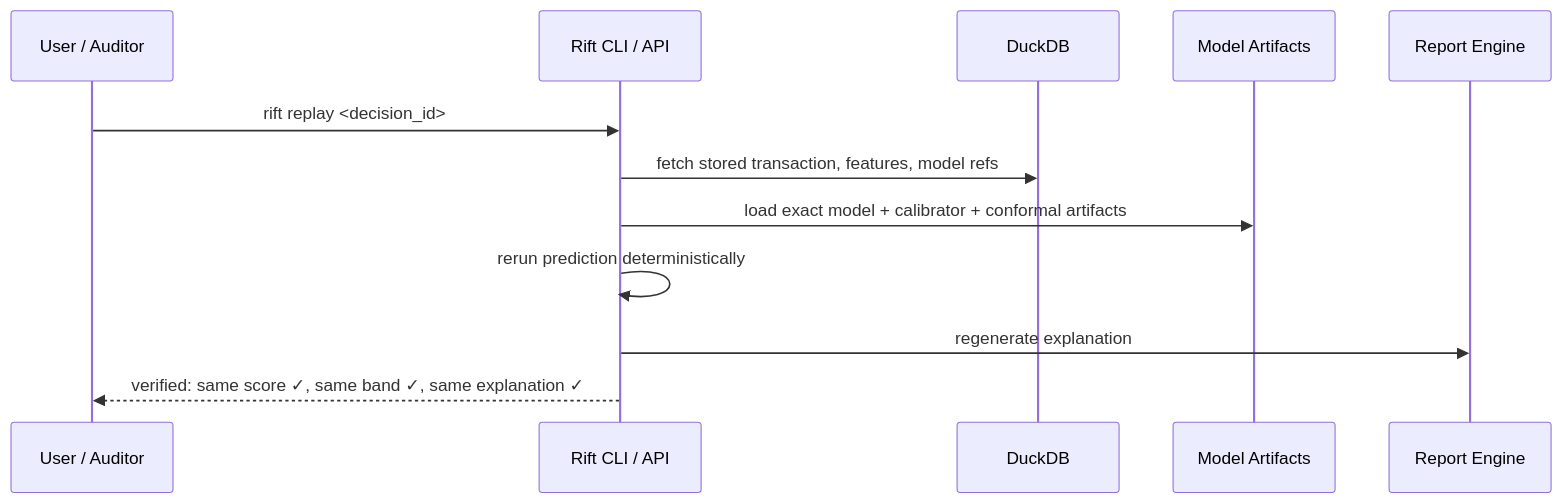
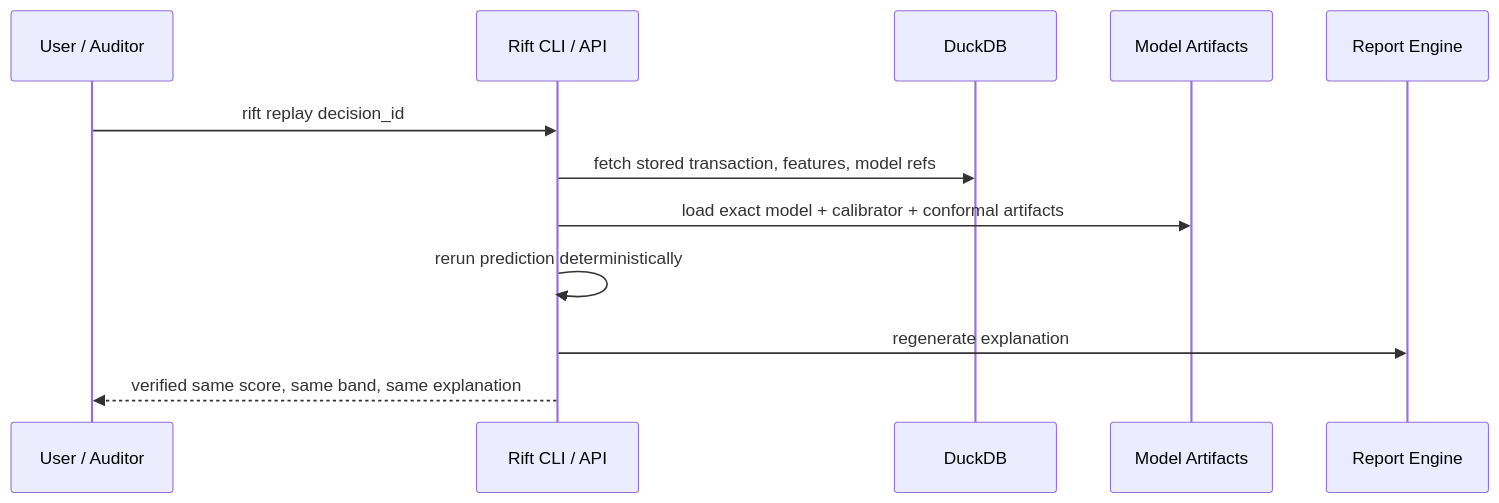
Before and after one commit to AngelP17/Rift: the ninth of 16 diagrams in ARCHITECTURE.md, drawn with Mermaid. The commit also changed other lines of this file, not shown here.

````diff
--- a/ARCHITECTURE.md
+++ b/ARCHITECTURE.md
@@ -257,15 +326,15 @@
 ```mermaid
 sequenceDiagram
     participant U as User / Auditor
     participant CLI as Rift CLI / API
     participant DB as DuckDB
     participant ART as Model Artifacts
     participant RPT as Report Engine
 
-    U->>CLI: rift replay <decision_id>
+    U->>CLI: rift replay decision_id
     CLI->>DB: fetch stored transaction, features, model refs
     CLI->>ART: load exact model + calibrator + conformal artifacts
     CLI->>CLI: rerun prediction deterministically
     CLI->>RPT: regenerate explanation
-    CLI-->>U: verified: same score ✓, same band ✓, same explanation ✓
+    CLI-->>U: verified same score, same band, same explanation
 ```
````
